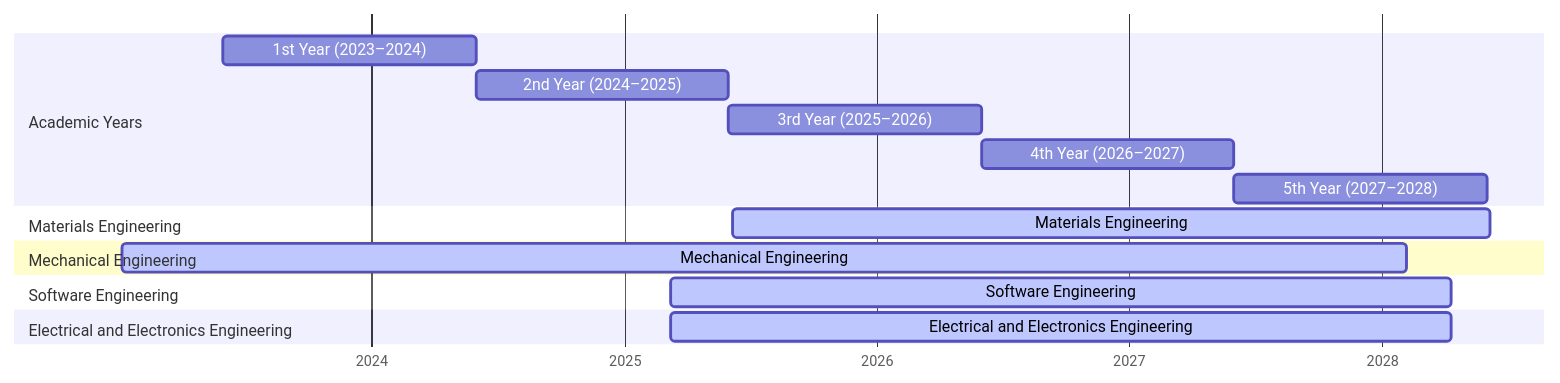
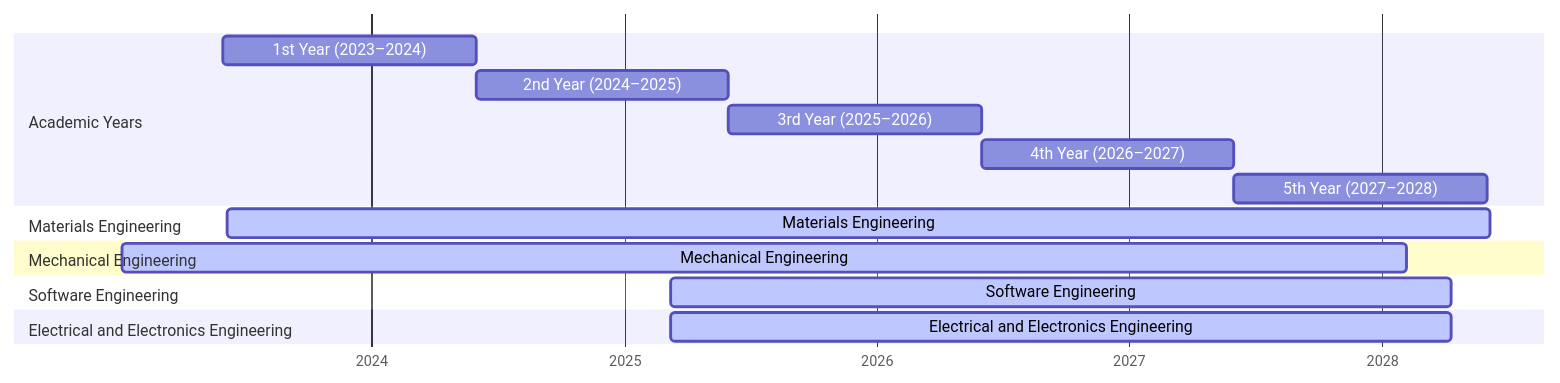
The first of 3 diagrams in README.md (delblerferreromorgan/delblerferreromorgan), drawn with Mermaid before and after one commit.

````diff
--- a/README.md
+++ b/README.md
@@ -48,26 +48,26 @@
 ```mermaid
 gantt
     dateFormat  YYYY-MM-DD
     axisFormat  %Y
 
 
     section Academic Years
     1st Year (2023–2024)        :a1, 2023-06-01, 2024-06-01
     2nd Year (2024–2025)        :a2, 2024-06-01, 2025-06-01
     3rd Year (2025–2026)        :a3, 2025-06-01, 2026-06-01
     4th Year (2026–2027)        :a4, 2026-06-01, 2027-06-01
     5th Year (2027–2028)        :a5, 2027-06-01, 2028-06-01
 
     section Materials Engineering
-    Materials Engineering       :active, materials, 2025-06-06, 2028-06-06
+    Materials Engineering       :active, materials, 2023-06-06, 2028-06-06
 
     section Mechanical Engineering
     Mechanical Engineering      :active, mechanical, 2023-01-06, 2028-02-06
 
     section Software Engineering
     Software Engineering        :active, software, 2025-03-10, 2028-04-10
 
     section Electrical and Electronics Engineering
     Electrical and Electronics Engineering        :active, software, 2025-03-10, 2028-04-10
 
 ```
````
